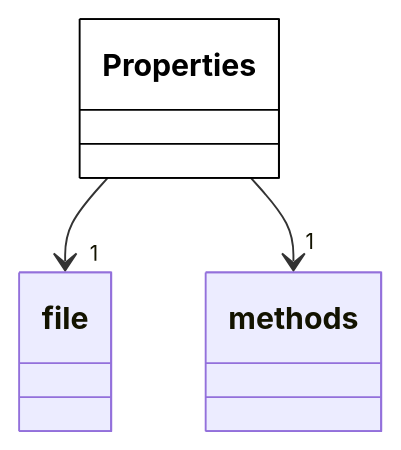
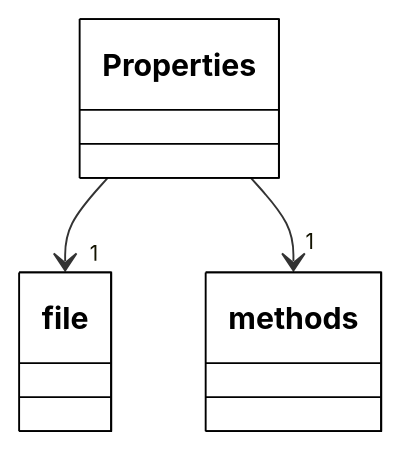
Before and after one commit to Evident-Industrial/NDE_Open_File_Format: the second of 2 diagrams in site/docs/json-metadata/properties/index.md, drawn with Mermaid. The commit also changed other lines of this file and 90 other files, not shown here.

````diff
--- a/site/docs/json-metadata/properties/index.md
+++ b/site/docs/json-metadata/properties/index.md
@@ -17,9 +18,11 @@
 ``` mermaid
 classDiagram
    Properties --> "1" file
    Properties --> "1" methods
    class Properties
    class file
    class methods
    style Properties fill:#fff,stroke:#000000,color:#000000
+   style file fill:#fff,stroke:#000000,color:#000000
+   style methods fill:#fff,stroke:#000000,color:#000000
 ```
````
